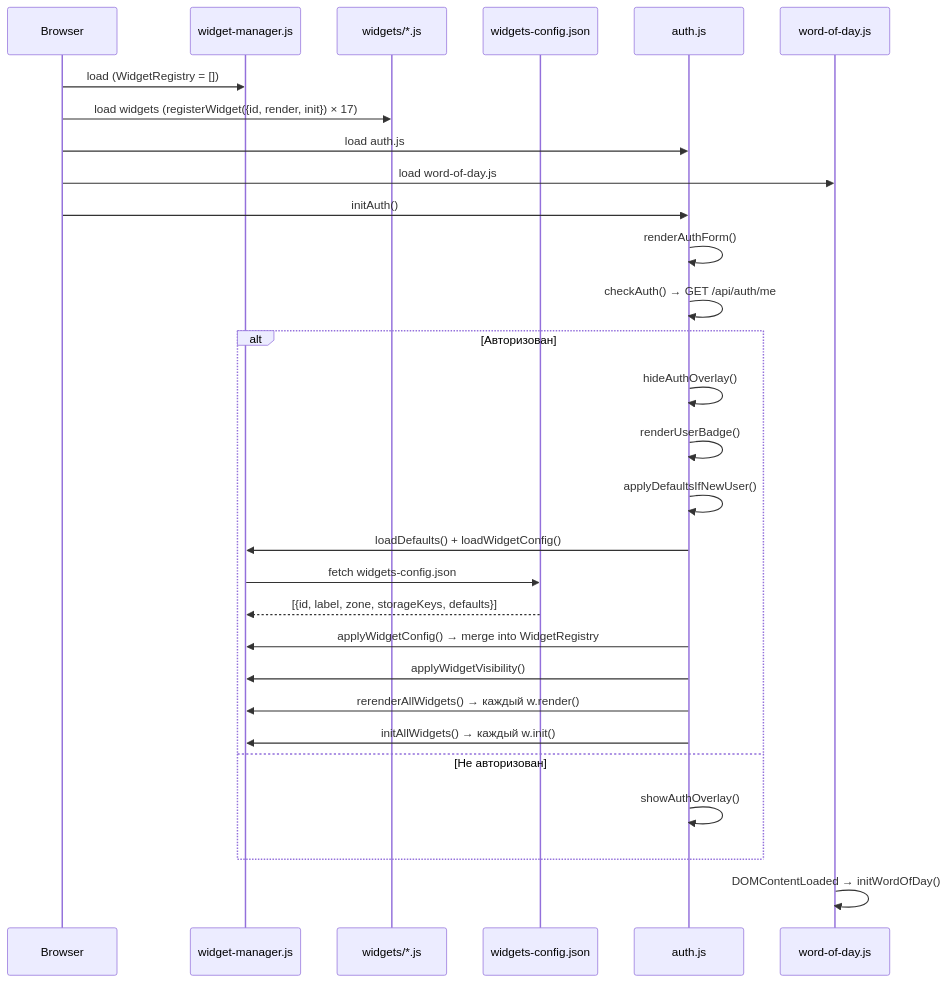
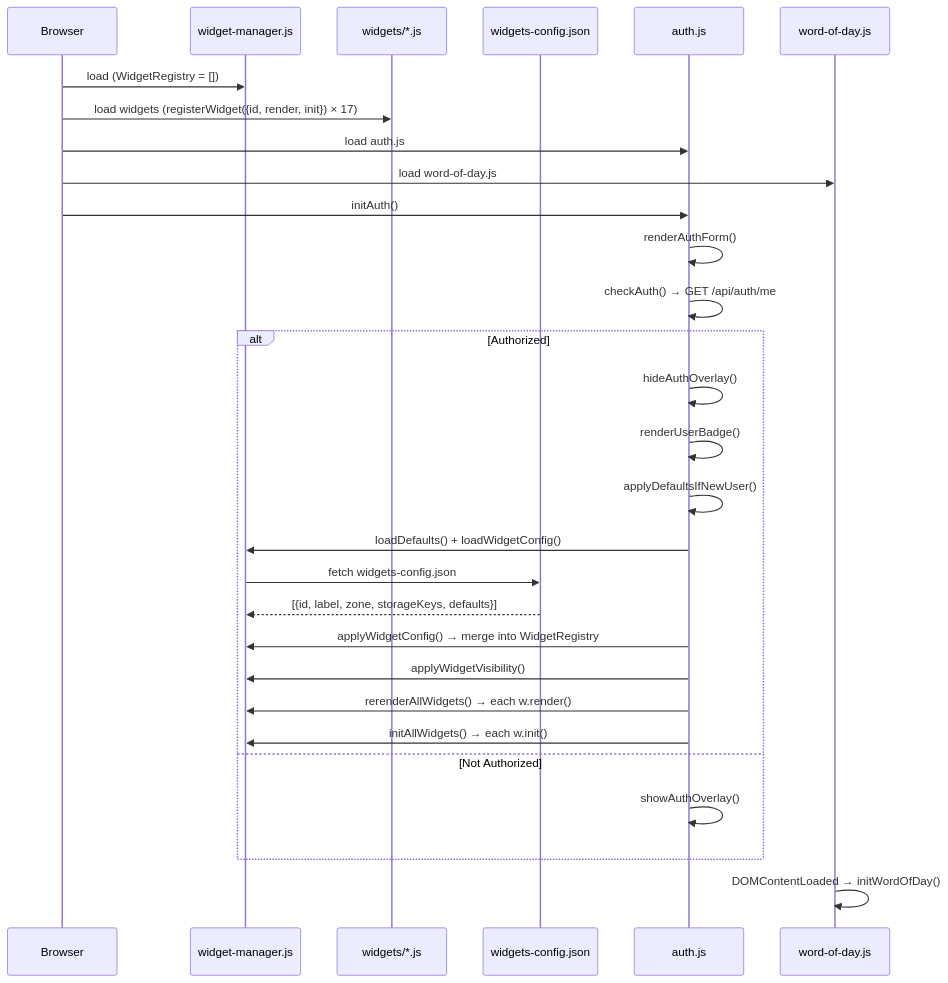
One commit to Finc8888/Dashboard changed the fifth of 13 diagrams in ARCHITECTURE.md. Above: the diagram before and after it, drawn with Mermaid. The commit also changed other lines of this file and 4 other files, not shown here.

````diff
--- a/ARCHITECTURE.md
+++ b/ARCHITECTURE.md
@@ -284,34 +284,34 @@
 ```mermaid
 sequenceDiagram
     participant B as Browser
     participant WM as widget-manager.js
     participant W as widgets/*.js
     participant WCFG as widgets-config.json
     participant A as auth.js
     participant WOD as word-of-day.js
 
     B->>WM: load (WidgetRegistry = [])
     B->>W: load widgets (registerWidget({id, render, init}) × 17)
     B->>A: load auth.js
     B->>WOD: load word-of-day.js
     B->>A: initAuth()
 
     A->>A: renderAuthForm()
     A->>A: checkAuth() → GET /api/auth/me
-    alt Авторизован
+    alt Authorized
         A->>A: hideAuthOverlay()
         A->>A: renderUserBadge()
         A->>A: applyDefaultsIfNewUser()
         A->>WM: loadDefaults() + loadWidgetConfig()
         WM->>WCFG: fetch widgets-config.json
         WCFG-->>WM: [{id, label, zone, storageKeys, defaults}]
         A->>WM: applyWidgetConfig() → merge into WidgetRegistry
         A->>WM: applyWidgetVisibility()
-        A->>WM: rerenderAllWidgets() → каждый w.render()
-        A->>WM: initAllWidgets() → каждый w.init()
-    else Не авторизован
+        A->>WM: rerenderAllWidgets() → each w.render()
+        A->>WM: initAllWidgets() → each w.init()
+    else Not Authorized
         A->>A: showAuthOverlay()
     end
 
     WOD->>WOD: DOMContentLoaded → initWordOfDay()
 ```
````
